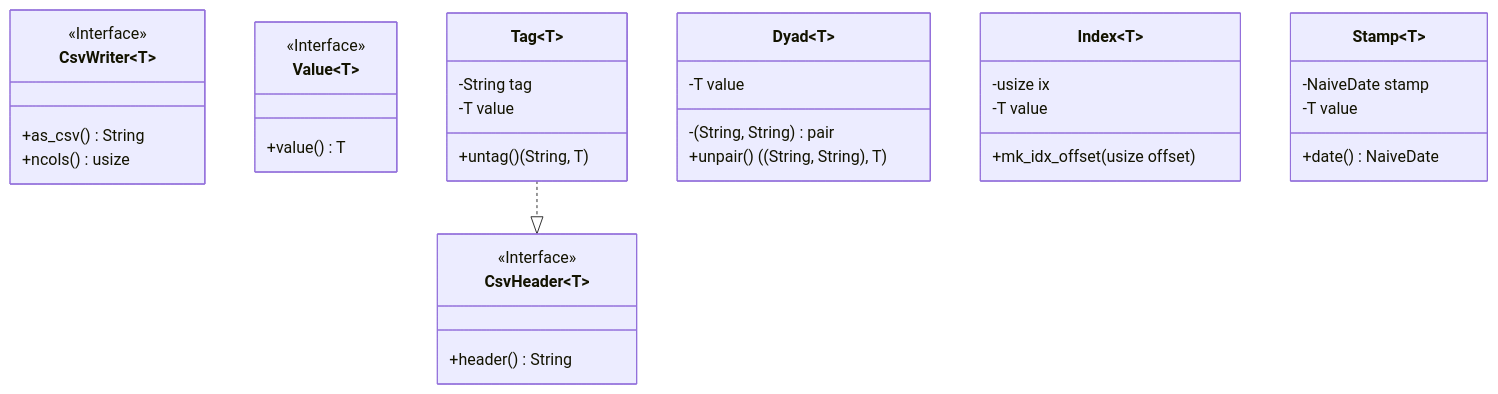
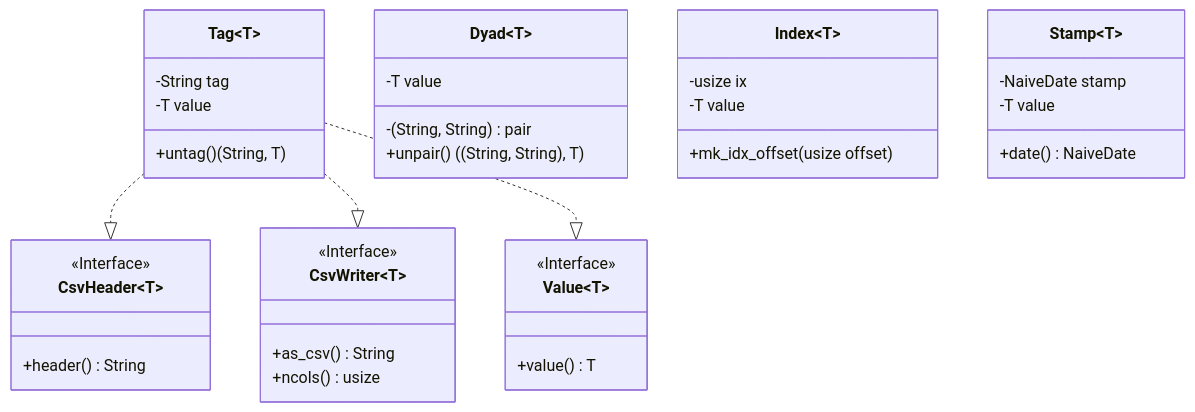
The diagram in src/libs/book/types/README.md (logicalgraphs/crypto-n-rust), drawn with Mermaid before and after one commit.

Commit message:
added 2 more lines of inheritance, 2026-01-25

````diff
--- a/src/libs/book/types/README.md
+++ b/src/libs/book/types/README.md
@@ -6,38 +6,40 @@
 ```mermaid
 classDiagram
 
 	class CsvHeader~T~{
 		<<Interface>>
 		+header() String
 	}
 	class CsvWriter~T~{
 		<<Interface>>
 		+as_csv() String
 		+ncols() usize
 	}
         class Value~T~{
 		<<Interface>>
                 +value() T
         }
 	class Tag~T~{
 		-String tag
 		-T value
                 +untag() (String, T)
 	}
 	class Dyad~T~{
 		-(String, String) pair
 		-T value
 		+unpair() ((String, String), T)
 	}
 	class Index~T~{
 		-usize ix
 		-T value
 		+mk_idx_offset(usize offset)
 	}
         class Stamp~T~{
 		-NaiveDate stamp
 		-T value
 		+date() NaiveDate
 	}
 	Tag~T~ ..|> CsvHeader~T~
+	Tag~T~ ..|> CsvWriter~T~
+	Tag~T~ ..|> Value~T~
 ```
````
